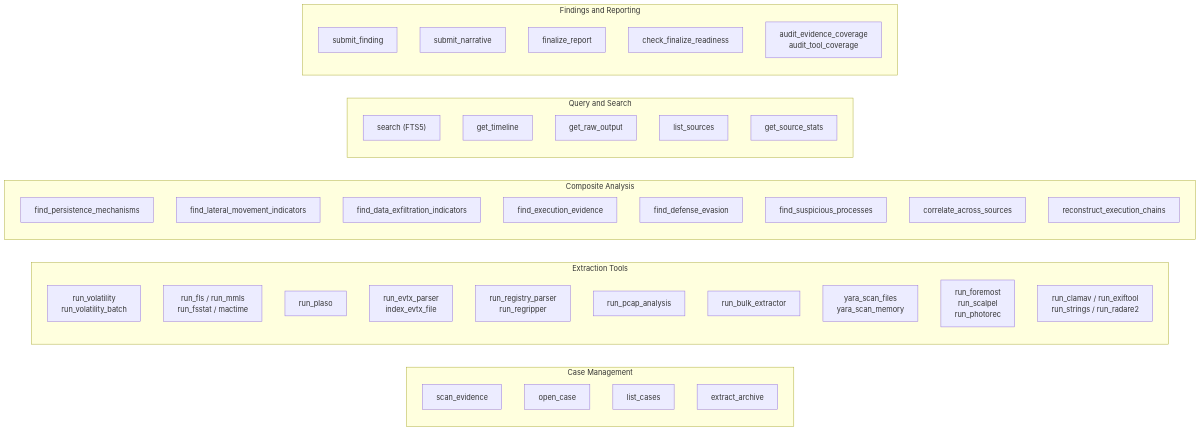
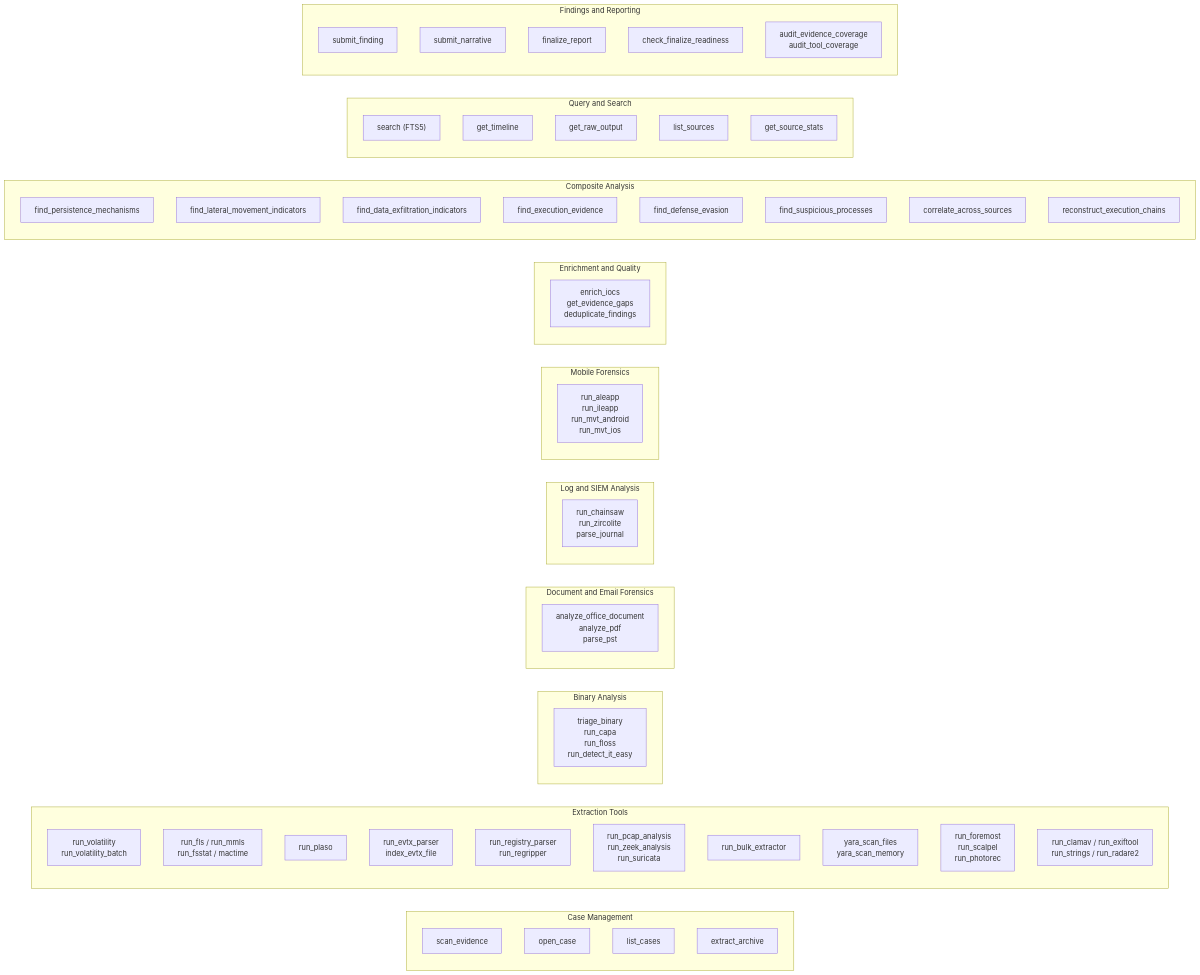
The second of 7 diagrams in docs/architecture.md (calebevans/mulder), drawn with Mermaid before and after one commit. The commit also changed other lines of this file and 101 other files, not shown here.

````diff
--- a/docs/architecture.md
+++ b/docs/architecture.md
@@ -52,49 +52,69 @@
 ```mermaid
 flowchart LR
     subgraph caseTools [Case Management]
         scanEvidence["scan_evidence"]
         openCase["open_case"]
         listCases["list_cases"]
         extractArchive["extract_archive"]
     end
 
     subgraph extractionTools [Extraction Tools]
         runVolatility["run_volatility\nrun_volatility_batch"]
         runFls["run_fls / run_mmls\nrun_fsstat / mactime"]
         runPlaso["run_plaso"]
         runEvtx["run_evtx_parser\nindex_evtx_file"]
         runRegistry["run_registry_parser\nrun_regripper"]
-        runPcap["run_pcap_analysis"]
+        runPcap["run_pcap_analysis\nrun_zeek_analysis\nrun_suricata"]
         runBulk["run_bulk_extractor"]
         runYara["yara_scan_files\nyara_scan_memory"]
         runCarving["run_foremost\nrun_scalpel\nrun_photorec"]
         runMisc["run_clamav / run_exiftool\nrun_strings / run_radare2"]
+    end
+
+    subgraph binaryTools [Binary Analysis]
+        runBinary["triage_binary\nrun_capa\nrun_floss\nrun_detect_it_easy"]
+    end
+
+    subgraph docTools [Document and Email Forensics]
+        runDocs["analyze_office_document\nanalyze_pdf\nparse_pst"]
+    end
+
+    subgraph logTools [Log and SIEM Analysis]
+        runLogs["run_chainsaw\nrun_zircolite\nparse_journal"]
+    end
+
+    subgraph mobileTools [Mobile Forensics]
+        runMobile["run_aleapp\nrun_ileapp\nrun_mvt_android\nrun_mvt_ios"]
+    end
+
+    subgraph enrichTools [Enrichment and Quality]
+        runEnrich["enrich_iocs\nget_evidence_gaps\ndeduplicate_findings"]
     end
 
     subgraph compositeTools [Composite Analysis]
         findPersistence["find_persistence_mechanisms"]
         findLateral["find_lateral_movement_indicators"]
         findExfil["find_data_exfiltration_indicators"]
         findExecution["find_execution_evidence"]
         findEvasion["find_defense_evasion"]
         findProc["find_suspicious_processes"]
         correlate["correlate_across_sources"]
         reconstruct["reconstruct_execution_chains"]
     end
 
     subgraph queryTools [Query and Search]
         search["search (FTS5)"]
         getTimeline["get_timeline"]
         getRawOutput["get_raw_output"]
         listSources["list_sources"]
         getSourceStats["get_source_stats"]
     end
 
     subgraph findingsTools [Findings and Reporting]
         submitFinding["submit_finding"]
         submitNarrative["submit_narrative"]
         finalizeReport["finalize_report"]
         checkReadiness["check_finalize_readiness"]
         auditCoverage["audit_evidence_coverage\naudit_tool_coverage"]
     end
 ```
````
